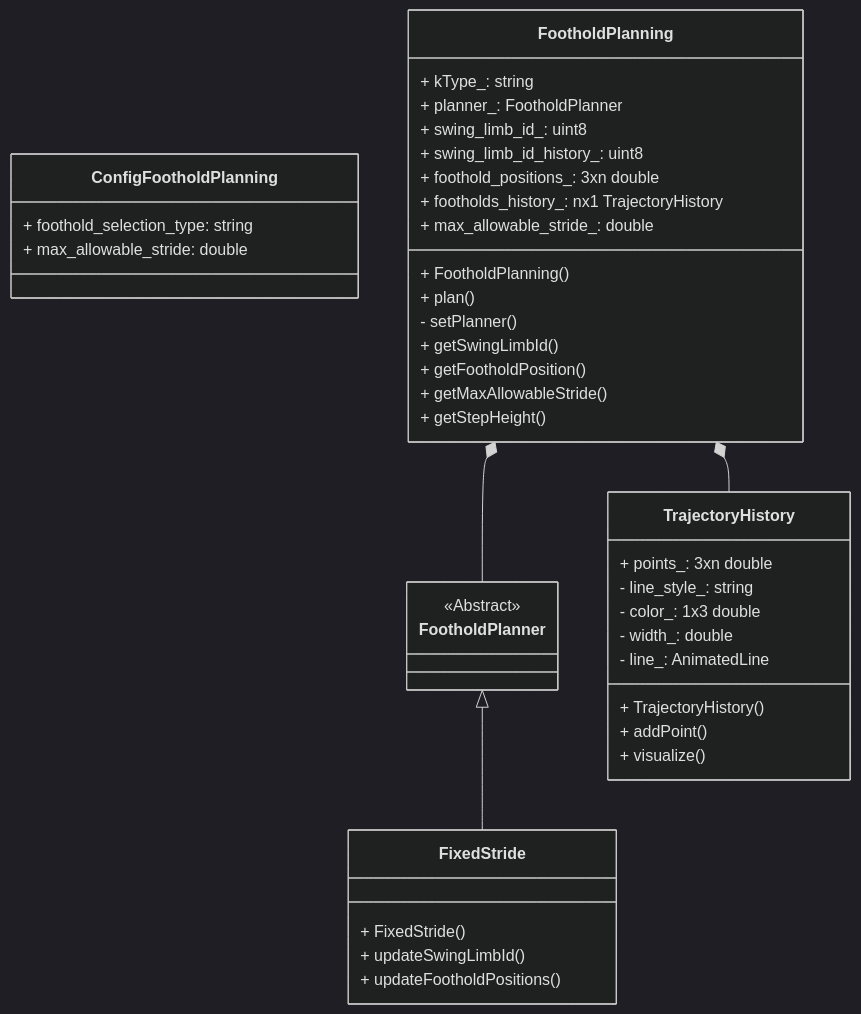
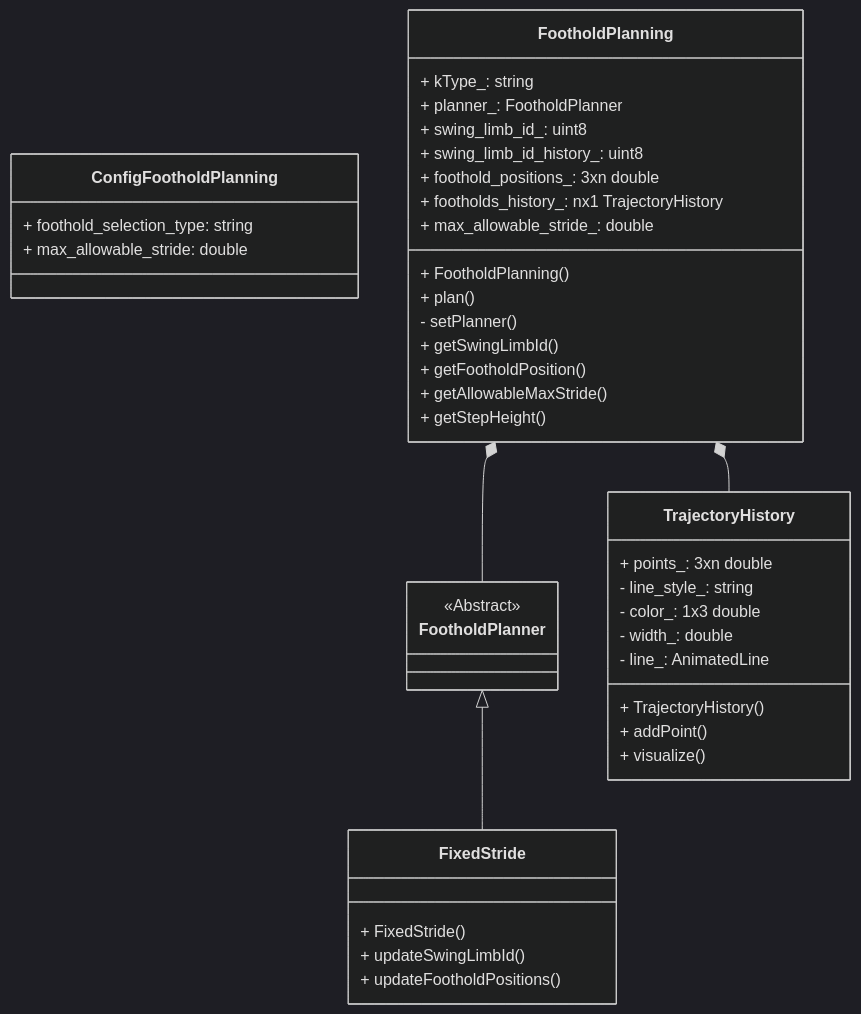
The diagram in src/planning_and_control/high_level_controller/foothold_planning/foothold_planning_class_design.md (Space-Robotics-Laboratory/ClimbLab), drawn with Mermaid (dark theme) before and after one commit. The commit also changed 8 other files, not shown here.

Commit message:
Create MaxStrideToGoalInReachableArea

````diff
--- a/src/planning_and_control/high_level_controller/foothold_planning/foothold_planning_class_design.md
+++ b/src/planning_and_control/high_level_controller/foothold_planning/foothold_planning_class_design.md
@@ -3,52 +3,52 @@
 ```mermaid
 classDiagram
 
   class ConfigFootholdPlanning {
     + foothold_selection_type: string
     + max_allowable_stride: double
   }
 
   class FootholdPlanning {
     + kType_: string
     + planner_: FootholdPlanner
     + swing_limb_id_: uint8
     + swing_limb_id_history_: uint8
     + foothold_positions_: 3xn double
     + footholds_history_: nx1 TrajectoryHistory
     + max_allowable_stride_: double
 
     + FootholdPlanning()
     + plan()
     - setPlanner()
     + getSwingLimbId()
     + getFootholdPosition()
-    + getMaxAllowableStride()
+    + getAllowableMaxStride()
     + getStepHeight()
   }
   FootholdPlanning *-- FootholdPlanner
   FootholdPlanning *-- TrajectoryHistory
 
   class FootholdPlanner {
     <<Abstract>>
   }
   FootholdPlanner <|-- FixedStride
 
   class FixedStride {
   + FixedStride()
   + updateSwingLimbId()
   + updateFootholdPositions()
   }
 
   class TrajectoryHistory {
     + points_: 3xn double
     - line_style_: string
     - color_: 1x3 double
     - width_: double
     - line_: AnimatedLine
 
     + TrajectoryHistory()
     + addPoint()
     + visualize()
   }
 
 ```
````
